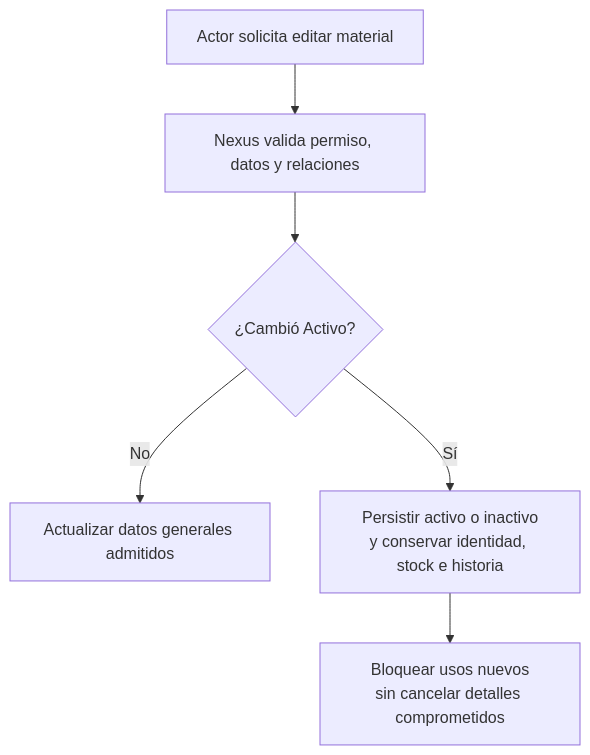
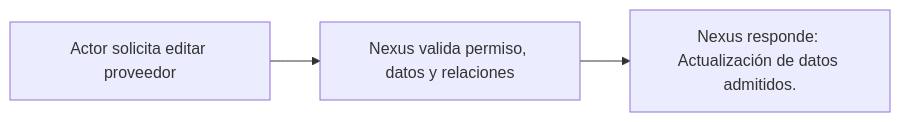
Before and after one commit to gpgsistemas01/nexus: the diagram in docs/requirements/diagrams/catalogs/cu-cat-03.md, drawn with Mermaid. The commit also changed other lines of this file and 287 other files, not shown here.

````diff
--- a/docs/requirements/diagrams/catalogs/cu-cat-03.md
+++ b/docs/requirements/diagrams/catalogs/cu-cat-03.md
@@ -3,8 +3,5 @@
 ```mermaid
-flowchart TD
-    request["Actor solicita editar material"] --> validate["Nexus valida permiso, datos y relaciones"]
-    validate --> active{"¿Cambió Activo?"}
-    active -->|No| result["Actualizar datos generales admitidos"]
-    active -->|Sí| preserve["Persistir activo o inactivo<br/>y conservar identidad, stock e historia"]
-    preserve --> boundary["Bloquear usos nuevos<br/>sin cancelar detalles comprometidos"]
+flowchart LR
+    request["Actor solicita editar proveedor"] --> validate["Nexus valida permiso, datos y relaciones"]
+    validate --> result["Nexus responde: Actualización de datos admitidos."]
 ```
````
